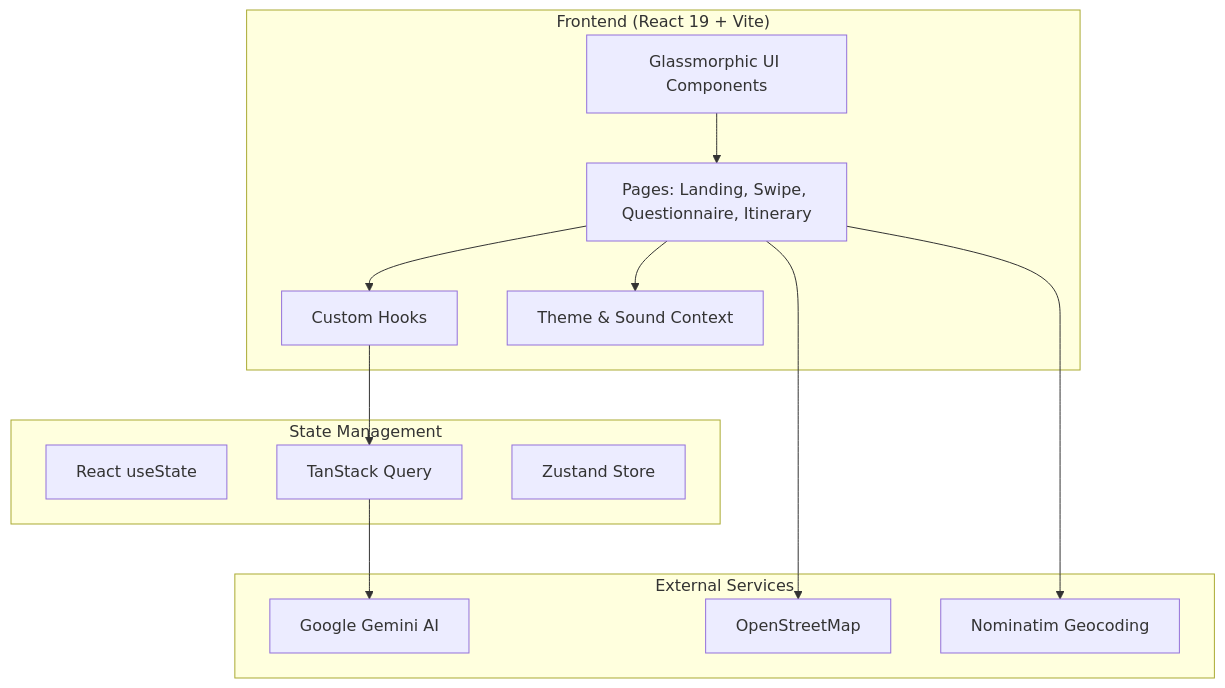
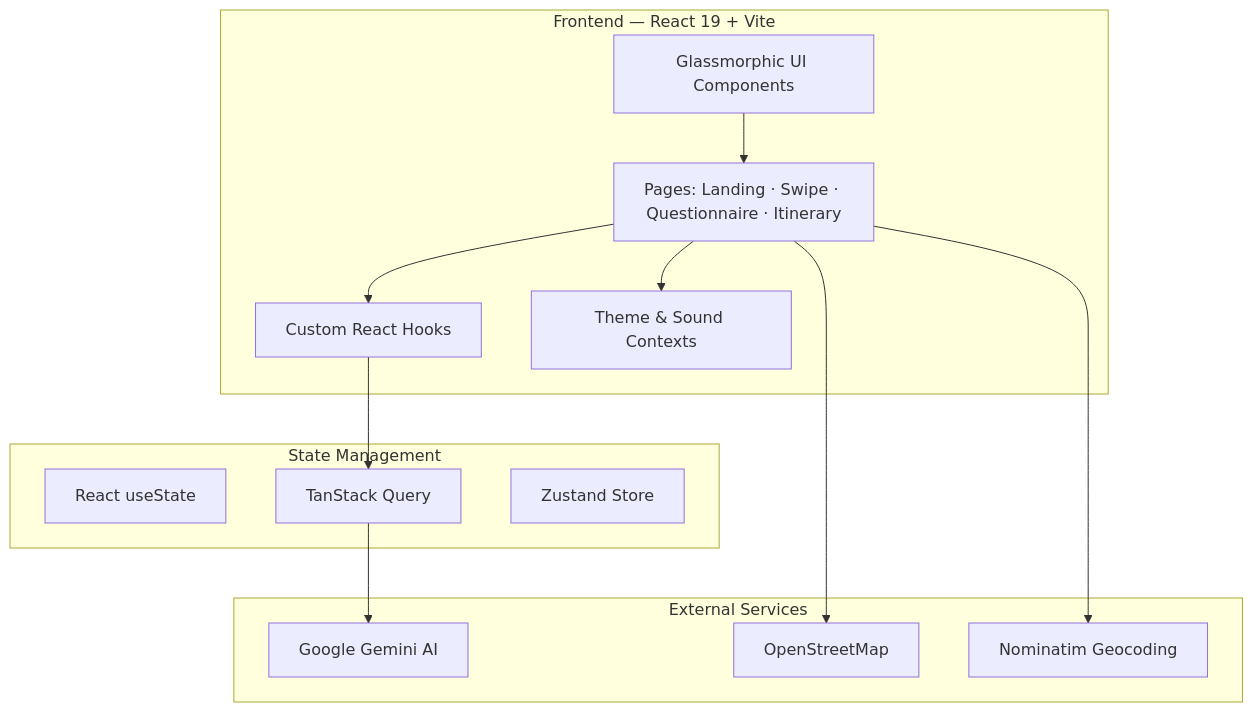
One commit to sahilkamalny/tratlus changed the diagram in README.md. Above: the diagram before and after it, drawn with Mermaid. The commit also changed other lines of this file, not shown here.

````diff
--- a/README.md
+++ b/README.md
@@ -90,29 +83,25 @@
 ```mermaid
 flowchart TB
-    subgraph Client["Frontend (React 19 + Vite)"]
+    subgraph Client["Frontend — React 19 + Vite"]
         UI[Glassmorphic UI Components]
-        Pages[Pages: Landing, Swipe, Questionnaire, Itinerary]
-        Hooks[Custom Hooks]
-        Context[Theme & Sound Context]
+        Pages[Pages: Landing · Swipe · Questionnaire · Itinerary]
+        Hooks[Custom React Hooks]
+        Context[Theme & Sound Contexts]
     end
-    
+
     subgraph State["State Management"]
         LocalState[React useState]
         TanStack[TanStack Query]
         Zustand[Zustand Store]
     end
-    
+
     subgraph External["External Services"]
         Gemini[Google Gemini AI]
         OSM[OpenStreetMap]
         Nominatim[Nominatim Geocoding]
     end
-    
-    UI --> Pages
-    Pages --> Hooks
-    Pages --> Context
-    Hooks --> TanStack
-    TanStack --> Gemini
-    Pages --> OSM
-    Pages --> Nominatim
+
+    UI --> Pages --> Hooks & Context
+    Hooks --> TanStack --> Gemini
+    Pages --> OSM & Nominatim
 ```
````
